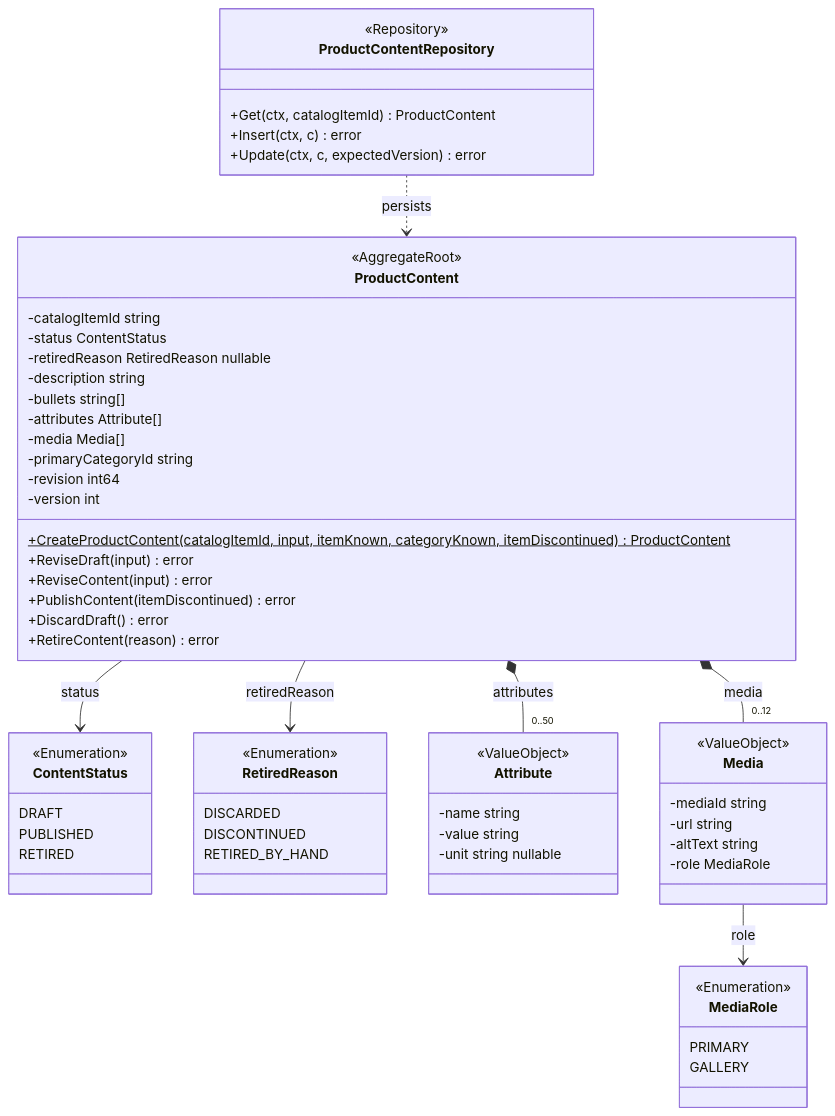
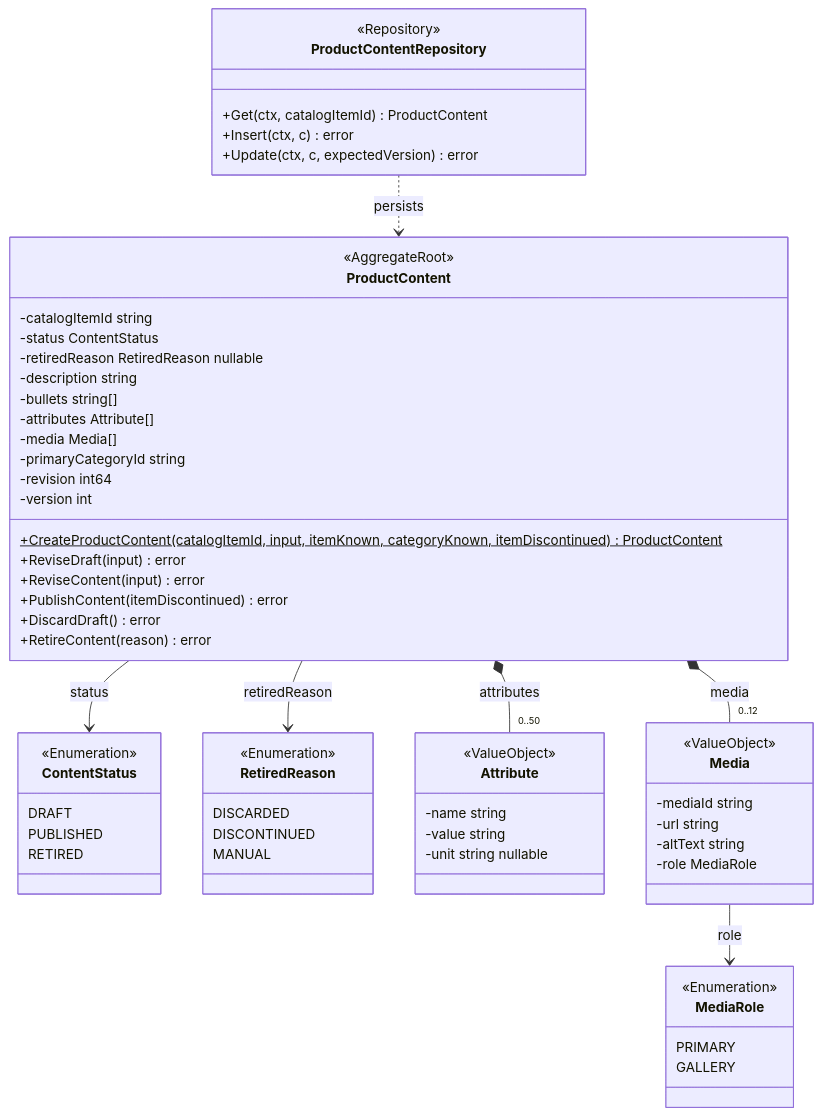
Before and after one commit to IQVO/warehouse-docs: the first of 5 diagrams in storefront/docs/contexts/product-content/class-diagram.md, drawn with Mermaid. The commit also changed 10 other files, not shown here.

Commit message:
docs(storefront): product-content pack and model follow the repo (MANUAL reason, DRAFT retired silently on discontinue, ReviseContent for DRAFT and PUBLISHED, no content for a discontinued item, current routes)

````diff
--- a/storefront/docs/contexts/product-content/class-diagram.md
+++ b/storefront/docs/contexts/product-content/class-diagram.md
@@ -24,65 +24,65 @@
 ```mermaid
 classDiagram
     direction TB
     class ProductContent {
         <<AggregateRoot>>
         -catalogItemId string
         -status ContentStatus
         -retiredReason RetiredReason nullable
         -description string
         -bullets string[]
         -attributes Attribute[]
         -media Media[]
         -primaryCategoryId string
         -revision int64
         -version int
         +CreateProductContent(catalogItemId, input, itemKnown, categoryKnown, itemDiscontinued)$ ProductContent
         +ReviseDraft(input) error
         +ReviseContent(input) error
         +PublishContent(itemDiscontinued) error
         +DiscardDraft() error
         +RetireContent(reason) error
     }
     class ContentStatus {
         <<Enumeration>>
         DRAFT
         PUBLISHED
         RETIRED
     }
     class RetiredReason {
         <<Enumeration>>
         DISCARDED
         DISCONTINUED
-        RETIRED_BY_HAND
+        MANUAL
     }
     class Attribute {
         <<ValueObject>>
         -name string
         -value string
         -unit string nullable
     }
     class Media {
         <<ValueObject>>
         -mediaId string
         -url string
         -altText string
         -role MediaRole
     }
     class MediaRole {
         <<Enumeration>>
         PRIMARY
         GALLERY
     }
     class ProductContentRepository {
         <<Repository>>
         +Get(ctx, catalogItemId) ProductContent
         +Insert(ctx, c) error
         +Update(ctx, c, expectedVersion) error
     }
     ProductContent --> ContentStatus : status
     ProductContent --> RetiredReason : retiredReason
     ProductContent *-- "0..50" Attribute : attributes
     ProductContent *-- "0..12" Media : media
     Media --> MediaRole : role
     ProductContentRepository ..> ProductContent : persists
 ```
````
